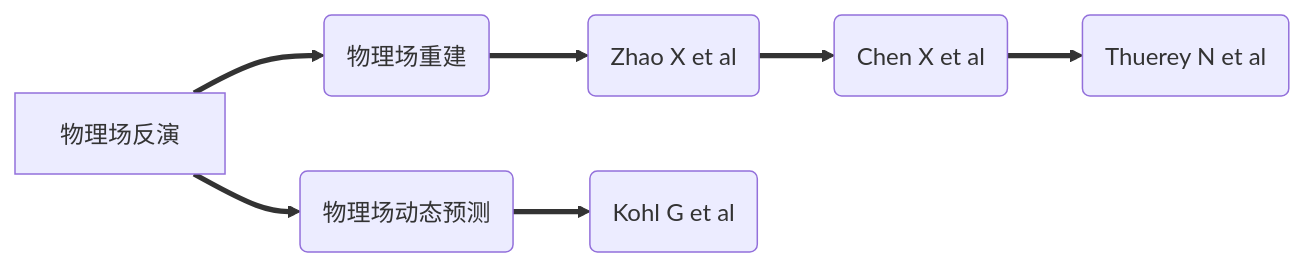
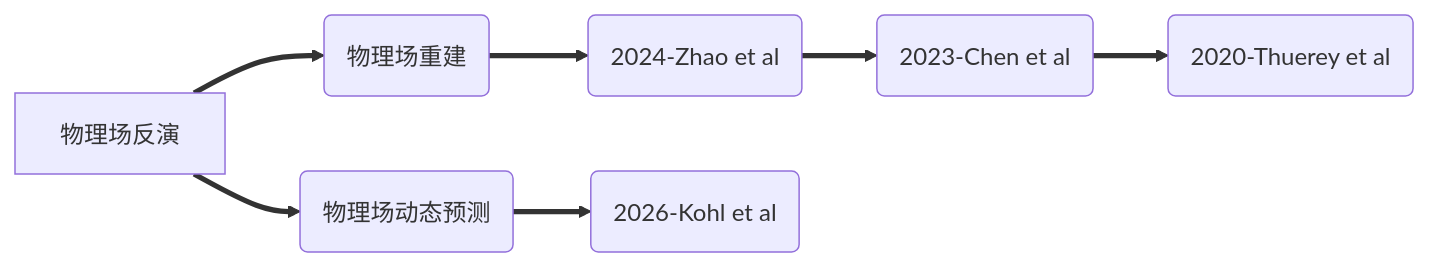
Before and after one commit to EMLS-ICTCAS/ZKHC-Physics-Informed: the diagram in README.md, drawn with Mermaid. The commit also changed other lines of this file, not shown here.

Commit message:
增加文档结构图

````diff
--- a/README.md
+++ b/README.md
@@ -7,13 +7,13 @@
 ```mermaid
 graph LR
 A[物理场反演]==>B(物理场重建)
 A[物理场反演]==>C(物理场动态预测)
-B==>D(Zhao X et al)==>E(Chen X et al)==>F(Thuerey N et al)
-C==>DD(Kohl G et al)
+B==>D(2024-Zhao et al)==>E(2023-Chen et al)==>F(2020-Thuerey et al)
+C==>DD(2026-Kohl et al)
 click B "#物理场重建"
 click C "#物理场动态预测"
 click D "##一 RecFNO"
-click E "##二  A machine learning surrogate modeling benchmark for temperature field reconstruction of heat source systems"
+click E "##二 A machine learning surrogate modeling benchmark for temperature field reconstruction of heat source systems"
 click F "##三 Deep Learning Methods for Reynolds-Averaged Navier-Stokes Simulations of Airfoil Flows"
 click DD "##一 Benchmarking autoregressive conditional diffusion models for turbulent flow simulation"
 ```
````
